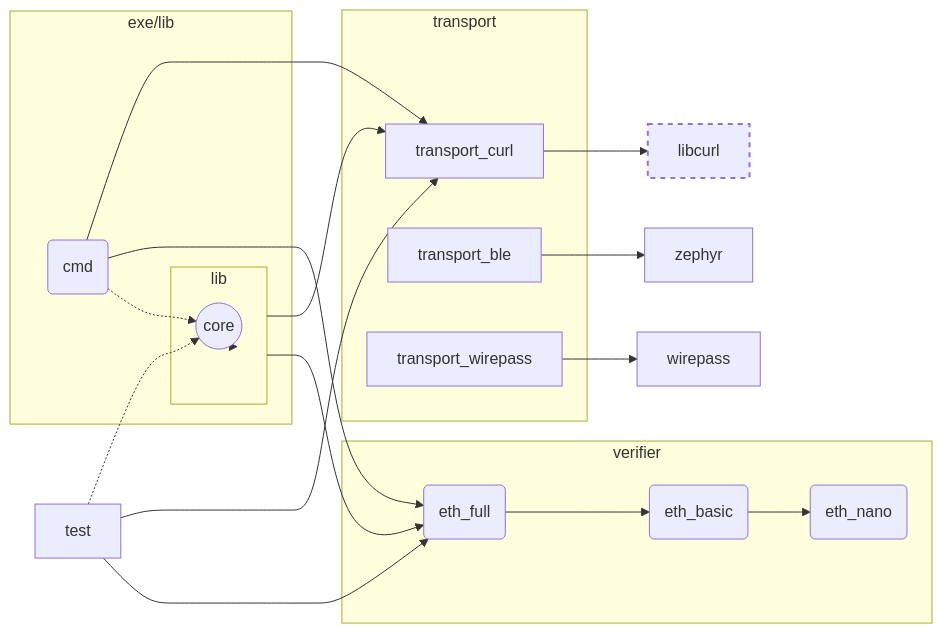
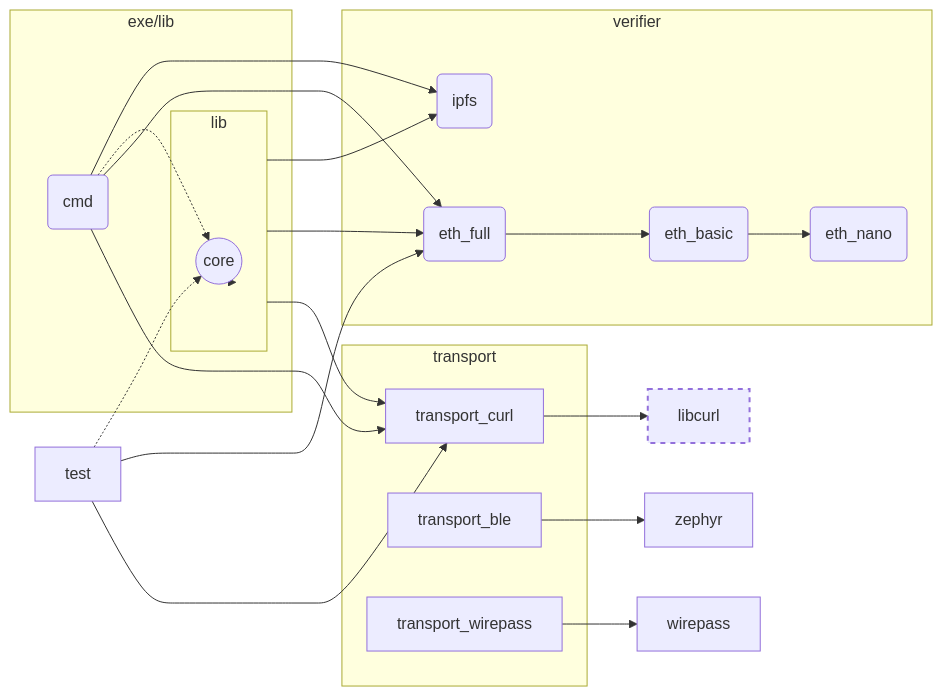
One commit to blockchainsllc/in3 changed the diagram in README.md. Above: the diagram before and after it, drawn with Mermaid.

````diff
--- a/README.md
+++ b/README.md
@@ -5,52 +5,55 @@
 ```mermaid
 graph LR
 
 subgraph lib
    core((core))
  end
 subgraph exe/lib
      cmd(cmd)
      lib(lib)
  end
 
 subgraph verifier
      eth_full(eth_full)
      eth_basic(eth_basic)
      eth_nano(eth_nano)
+     ipfs(ipfs)
  end
 
 subgraph transport
    transport_curl
    transport_ble
    transport_wirepass
  end
  
 test --> transport_curl
 test --> eth_full
 test -.-> core
 
 
 
 transport_curl --> libcurl
 
 transport_ble --> zephyr
 
 transport_wirepass --> wirepass
 
 
 cmd --> transport_curl
 cmd --> eth_full
 cmd -.-> core
+cmd --> ipfs
 
 lib --> transport_curl
 lib --> eth_full
 lib -.-> core
+lib --> ipfs
 
 
 eth_basic --> eth_nano
 
 eth_full --> eth_basic
 
 style libcurl stroke-width:2px,stroke-dasharray: 5, 5
 
 ```
````
